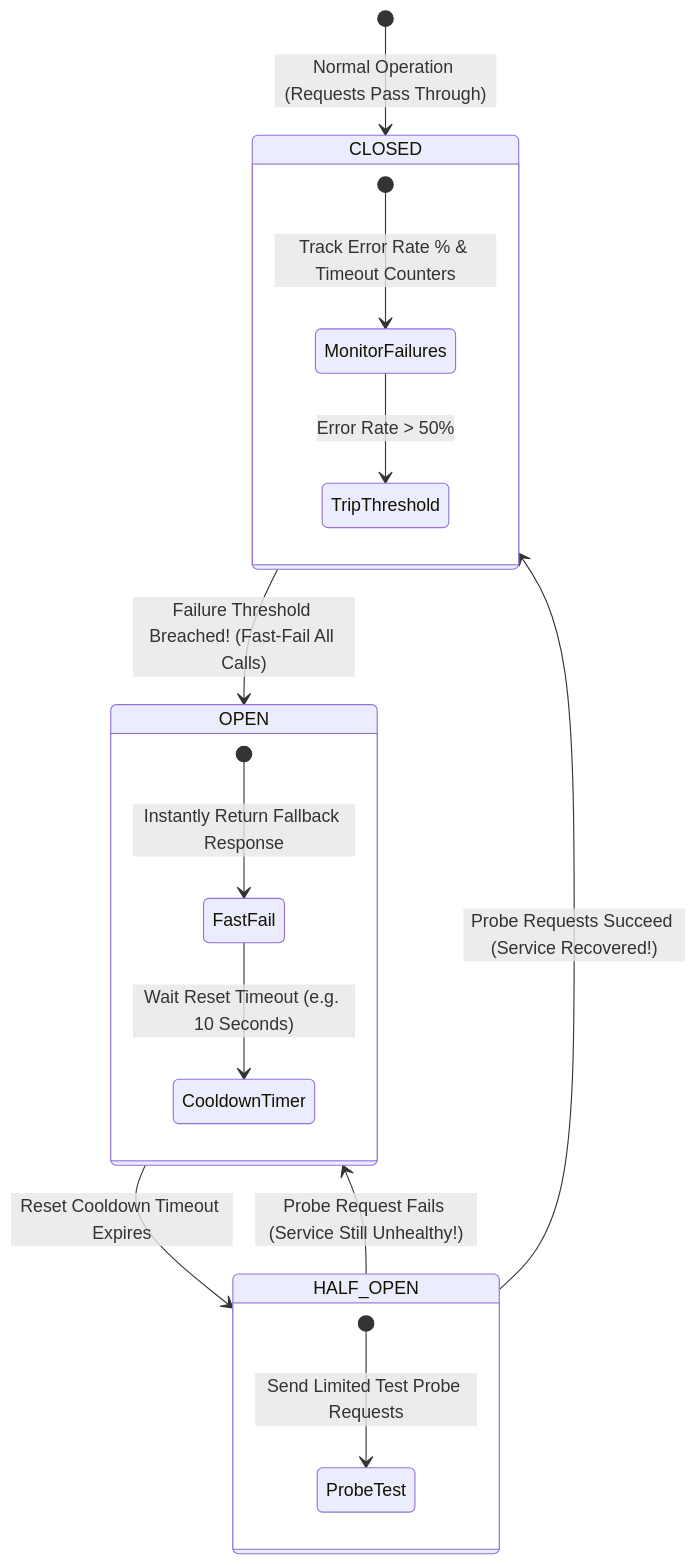
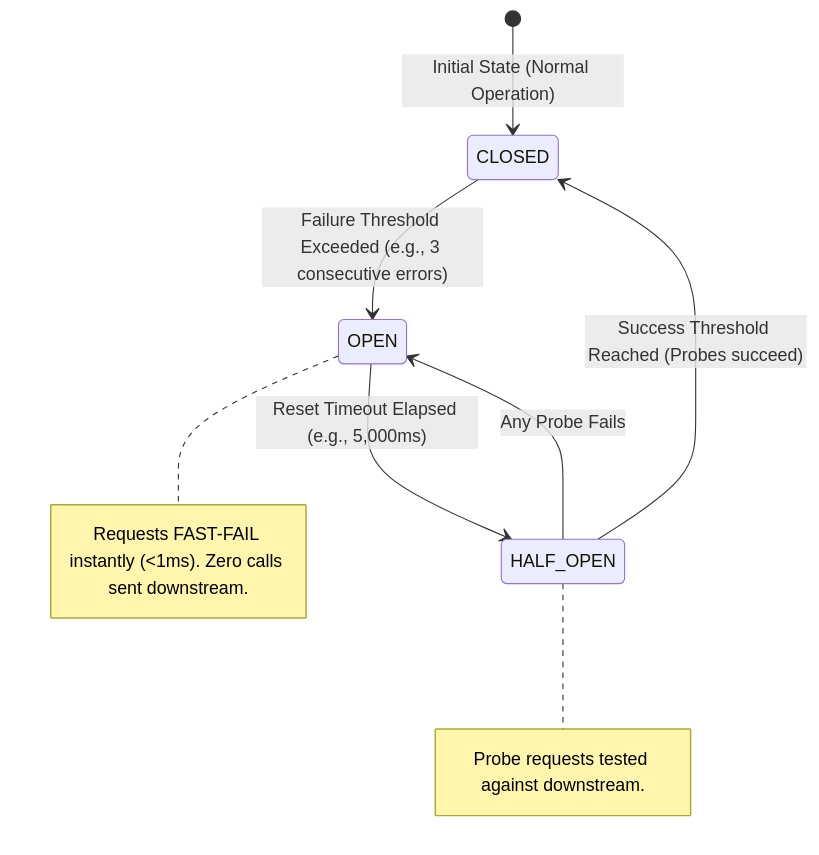
The second of 4 diagrams in system-design-notes/19-circuit-breaker-and-bulkhead.md (Amie-dev/engineering-playbook), drawn with Mermaid before and after one commit. The commit also changed other lines of this file and 33 other files, not shown here.

````diff
--- a/system-design-notes/19-circuit-breaker-and-bulkhead.md
+++ b/system-design-notes/19-circuit-breaker-and-bulkhead.md
@@ -13,25 +37,13 @@
 ```mermaid
 stateDiagram-v2
-    [*] --> CLOSED: Normal Operation (Requests Pass Through)
+    [*] --> CLOSED: Initial State (Normal Operation)
     
-    state CLOSED {
-        [*] --> MonitorFailures: Track Error Rate % & Timeout Counters
-        MonitorFailures --> TripThreshold: Error Rate > 50%
-    }
-
-    CLOSED --> OPEN: Failure Threshold Breached! (Fast-Fail All Calls)
-
-    state OPEN {
-        [*] --> FastFail: Instantly Return Fallback Response
-        FastFail --> CooldownTimer: Wait Reset Timeout (e.g. 10 Seconds)
-    }
-
-    OPEN --> HALF_OPEN: Reset Cooldown Timeout Expires
-
-    state HALF_OPEN {
-        [*] --> ProbeTest: Send Limited Test Probe Requests
-    }
-
-    HALF_OPEN --> CLOSED: Probe Requests Succeed (Service Recovered!)
-    HALF_OPEN --> OPEN: Probe Request Fails (Service Still Unhealthy!)
+    CLOSED --> OPEN: Failure Threshold Exceeded (e.g., 3 consecutive errors)
+    Note right of OPEN: Requests FAST-FAIL instantly (<1ms). Zero calls sent downstream.
+    
+    OPEN --> HALF_OPEN: Reset Timeout Elapsed (e.g., 5,000ms)
+    Note right of HALF_OPEN: Probe requests tested against downstream.
+    
+    HALF_OPEN --> CLOSED: Success Threshold Reached (Probes succeed)
+    HALF_OPEN --> OPEN: Any Probe Fails
 ```
````
